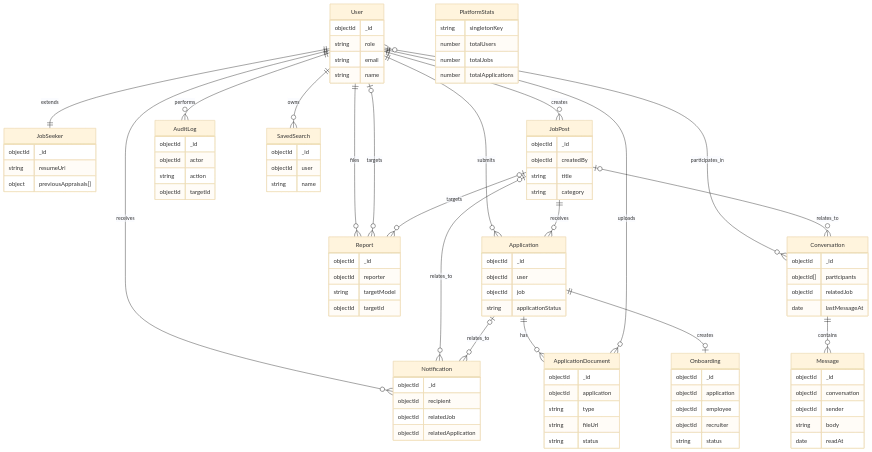
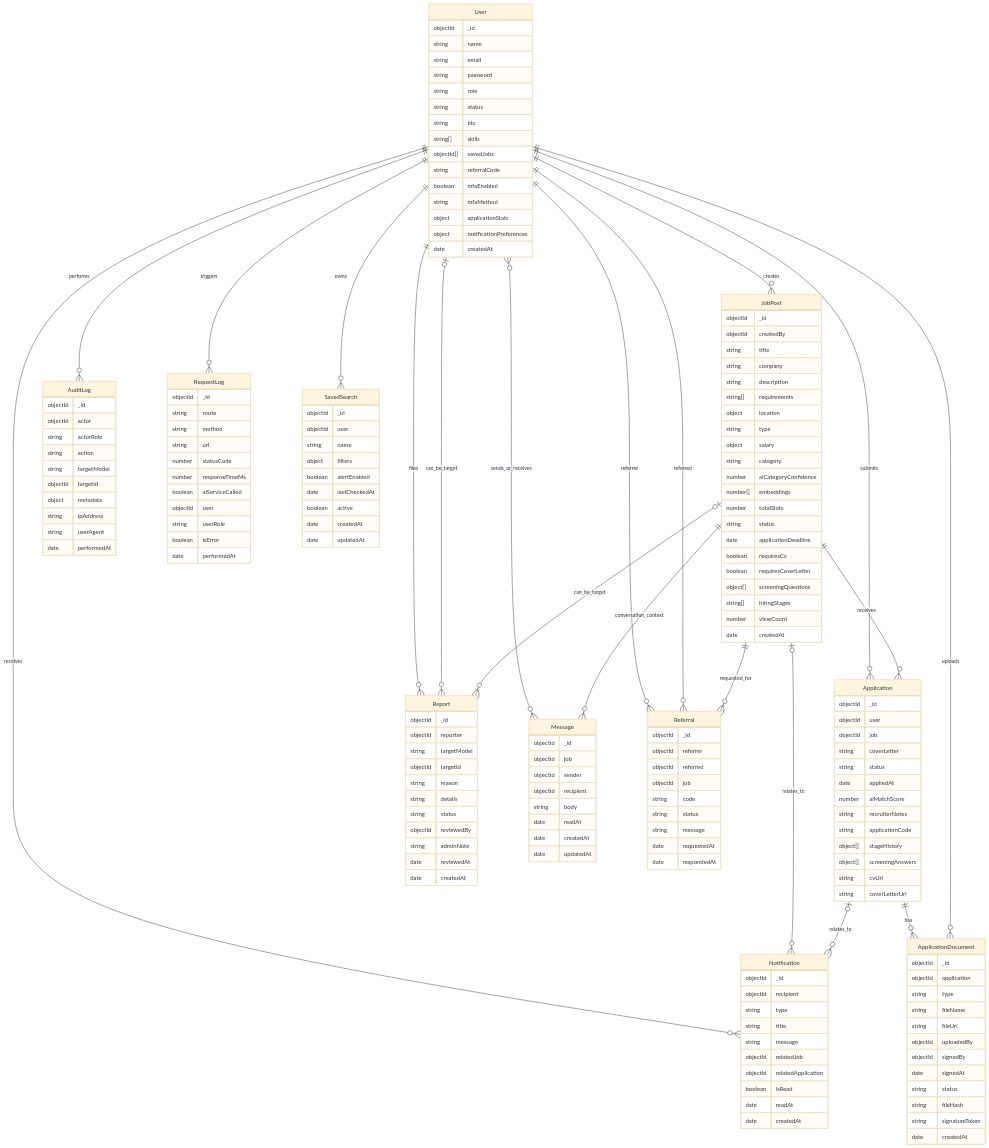
One commit to vaector/GiuNexusRecruiter changed the diagram in docs/SCHEMA_DIAGRAM.md. Above: the diagram before and after it, drawn with Mermaid (base theme). The commit also changed other lines of this file and 15 other files, not shown here.

````diff
--- a/docs/SCHEMA_DIAGRAM.md
+++ b/docs/SCHEMA_DIAGRAM.md
@@ -1,6 +5,5 @@
 ```mermaid
 erDiagram
-    User ||--|| JobSeeker : extends
     User ||--o{ JobPost : creates
     User ||--o{ Application : submits
     JobPost ||--o{ Application : receives
@@ -10,94 +13,129 @@
     Application o|--o{ Notification : relates_to
 
     User ||--o{ AuditLog : performs
+    User ||--o{ RequestLog : triggers
     User ||--o{ SavedSearch : owns
     User ||--o{ Report : files
-    User o|--o{ Report : targets
-    JobPost o|--o{ Report : targets
+    User o|--o{ Report : can_be_target
+    JobPost o|--o{ Report : can_be_target
 
     Application ||--o{ ApplicationDocument : has
     User ||--o{ ApplicationDocument : uploads
-    Application ||--o| Onboarding : creates
-    Conversation ||--o{ Message : contains
-    User o{--o{ Conversation : participates_in
-    JobPost o|--o{ Conversation : relates_to
+    User o{--o{ Message : sends_or_receives
+    JobPost ||--o{ Message : conversation_context
+
+    User ||--o{ Referral : referrer
+    User ||--o{ Referral : referred
+    JobPost ||--o{ Referral : requested_for
 
     User {
         objectId _id
+        string name
+        string email
+        string password
         string role
-        string email
-        string name
-    }
-
-    JobSeeker {
-        objectId _id
-        string resumeUrl
-        object previousAppraisals[]
+        string status
+        string bio
+        string[] skills
+        objectId[] savedJobs
+        string referralCode
+        boolean mfaEnabled
+        string mfaMethod
+        object applicationStats
+        object notificationPreferences
+        date createdAt
     }
 
     JobPost {
         objectId _id
         objectId createdBy
         string title
+        string company
+        string description
+        string[] requirements
+        object location
+        string type
+        object salary
         string category
+        number aiCategoryConfidence
+        number[] embeddings
+        number totalSlots
+        string status
+        date applicationDeadline
+        boolean requiresCv
+        boolean requiresCoverLetter
+        object[] screeningQuestions
+        string[] hiringStages
+        number viewCount
+        date createdAt
     }
 
     Application {
         objectId _id
         objectId user
         objectId job
-        string applicationStatus
-    }
-
-    ApplicationDocument {
-        objectId _id
-        objectId application
-        string type
-        string fileUrl
+        string coverLetter
         string status
-    }
-
-    Conversation {
-        objectId _id
-        objectId[] participants
-        objectId relatedJob
-        date lastMessageAt
-    }
-
-    Message {
-        objectId _id
-        objectId conversation
-        objectId sender
-        string body
-        date readAt
-    }
-
-    Onboarding {
-        objectId _id
-        objectId application
-        objectId employee
-        objectId recruiter
-        string status
+        date appliedAt
+        number aiMatchScore
+        string recruiterNotes
+        string applicationCode
+        object[] stageHistory
+        object[] screeningAnswers
+        string cvUrl
+        string coverLetterUrl
     }
 
     Notification {
         objectId _id
         objectId recipient
+        string type
+        string title
+        string message
         objectId relatedJob
         objectId relatedApplication
+        boolean isRead
+        date readAt
+        date createdAt
     }
 
     AuditLog {
         objectId _id
         objectId actor
+        string actorRole
         string action
+        string targetModel
         objectId targetId
+        object metadata
+        string ipAddress
+        string userAgent
+        date performedAt
+    }
+
+    RequestLog {
+        objectId _id
+        string route
+        string method
+        string url
+        number statusCode
+        number responseTimeMs
+        boolean aiServiceCalled
+        objectId user
+        string userRole
+        boolean isError
+        date performedAt
     }
 
     SavedSearch {
         objectId _id
         objectId user
         string name
+        object filters
+        boolean alertEnabled
+        date lastCheckedAt
+        boolean active
+        date createdAt
+        date updatedAt
     }
 
     Report {
@@ -105,12 +143,50 @@
         objectId reporter
         string targetModel
         objectId targetId
+        string reason
+        string details
+        string status
+        objectId reviewedBy
+        string adminNote
+        date reviewedAt
+        date createdAt
     }
 
-    PlatformStats {
-        string singletonKey
-        number totalUsers
-        number totalJobs
-        number totalApplications
+    ApplicationDocument {
+        objectId _id
+        objectId application
+        string type
+        string fileName
+        string fileUrl
+        objectId uploadedBy
+        objectId signedBy
+        date signedAt
+        string status
+        string fileHash
+        string signatureToken
+        date createdAt
+    }
+
+    Message {
+        objectId _id
+        objectId job
+        objectId sender
+        objectId recipient
+        string body
+        date readAt
+        date createdAt
+        date updatedAt
+    }
+
+    Referral {
+        objectId _id
+        objectId referrer
+        objectId referred
+        objectId job
+        string code
+        string status
+        string message
+        date requestedAt
+        date respondedAt
     }
 ```
````
